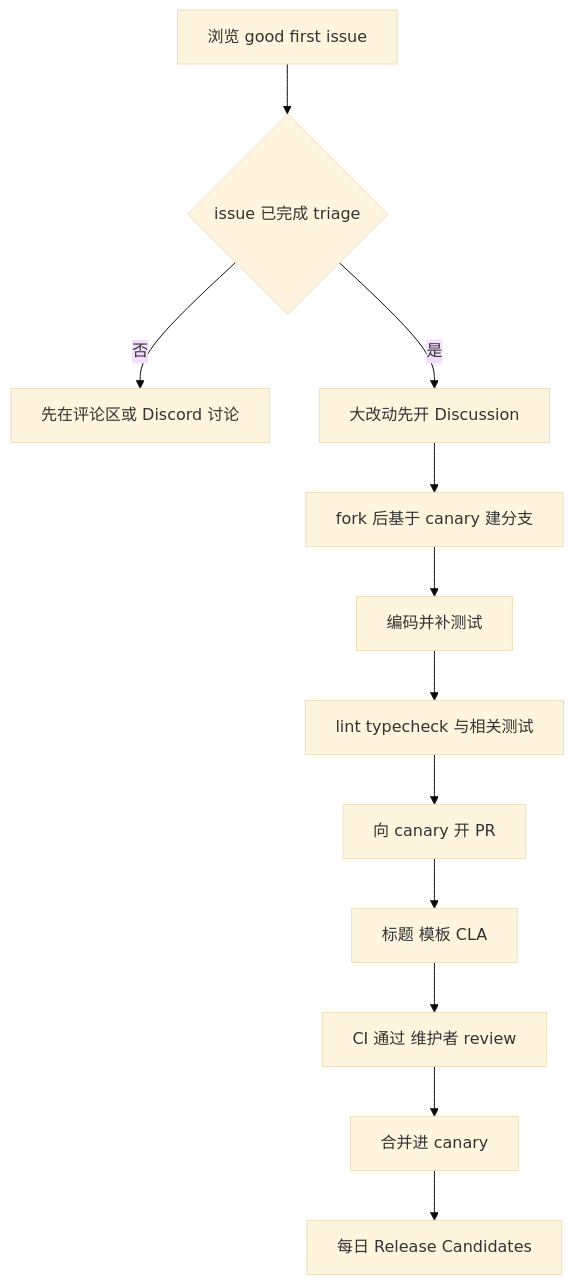
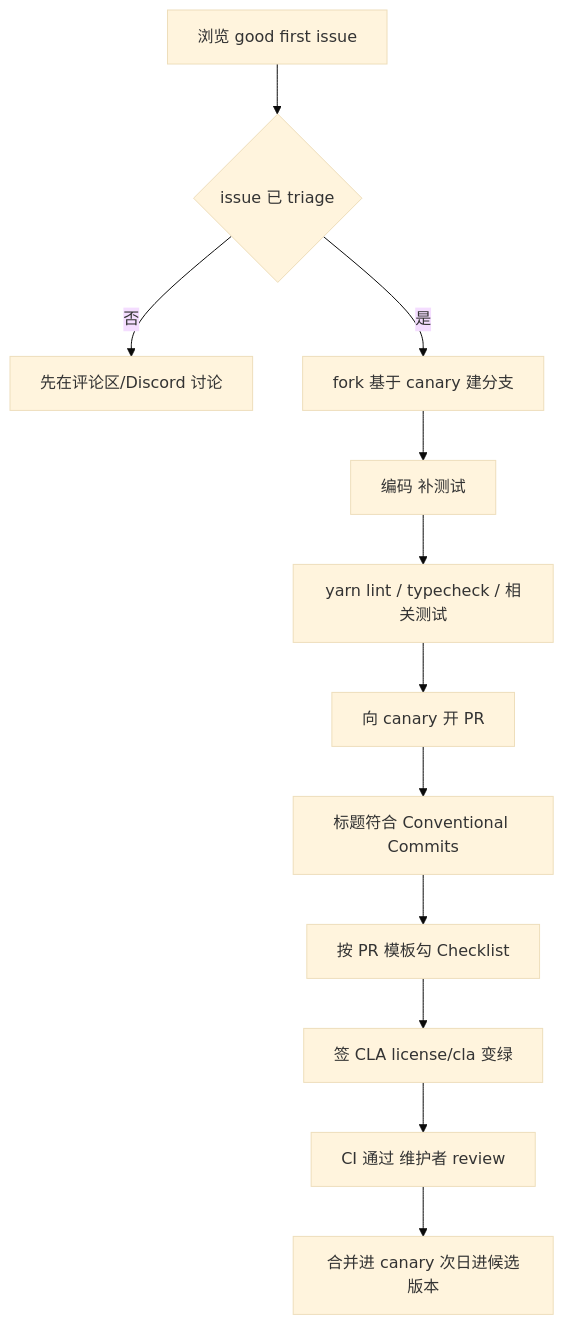
The second of 2 diagrams in learning-guide/slides/decks/30.md (lfire/AFFiNE), drawn with Mermaid (base theme) before and after one commit. The commit also changed other lines of this file and 46 other files, not shown here.

````diff
--- a/learning-guide/slides/decks/30.md
+++ b/learning-guide/slides/decks/30.md
@@ -65,14 +74,14 @@
 ```mermaid
 flowchart TB
-  A[浏览 good first issue] --> B{issue 已完成 triage}
-  B -->|否| B1[先在评论区或 Discord 讨论]
-  B -->|是| C[大改动先开 Discussion]
-  C --> D[fork 后基于 canary 建分支]
-  D --> E[编码并补测试]
-  E --> F[lint typecheck 与相关测试]
-  F --> G[向 canary 开 PR]
-  G --> H[标题 模板 CLA]
-  H --> I[CI 通过 维护者 review]
-  I --> J[合并进 canary]
-  J --> K[每日 Release Candidates]
+  A["浏览 good first issue"] --> B{"issue 已 triage"}
+  B -->|否| B1["先在评论区/Discord 讨论"]
+  B -->|是| D["fork 基于 canary 建分支"]
+  D --> E["编码 补测试"]
+  E --> F["yarn lint / typecheck / 相关测试"]
+  F --> G["向 canary 开 PR"]
+  G --> H["标题符合 Conventional Commits"]
+  H --> I["按 PR 模板勾 Checklist"]
+  I --> J["签 CLA license/cla 变绿"]
+  J --> K["CI 通过 维护者 review"]
+  K --> L["合并进 canary 次日进候选版本"]
 ```
````
